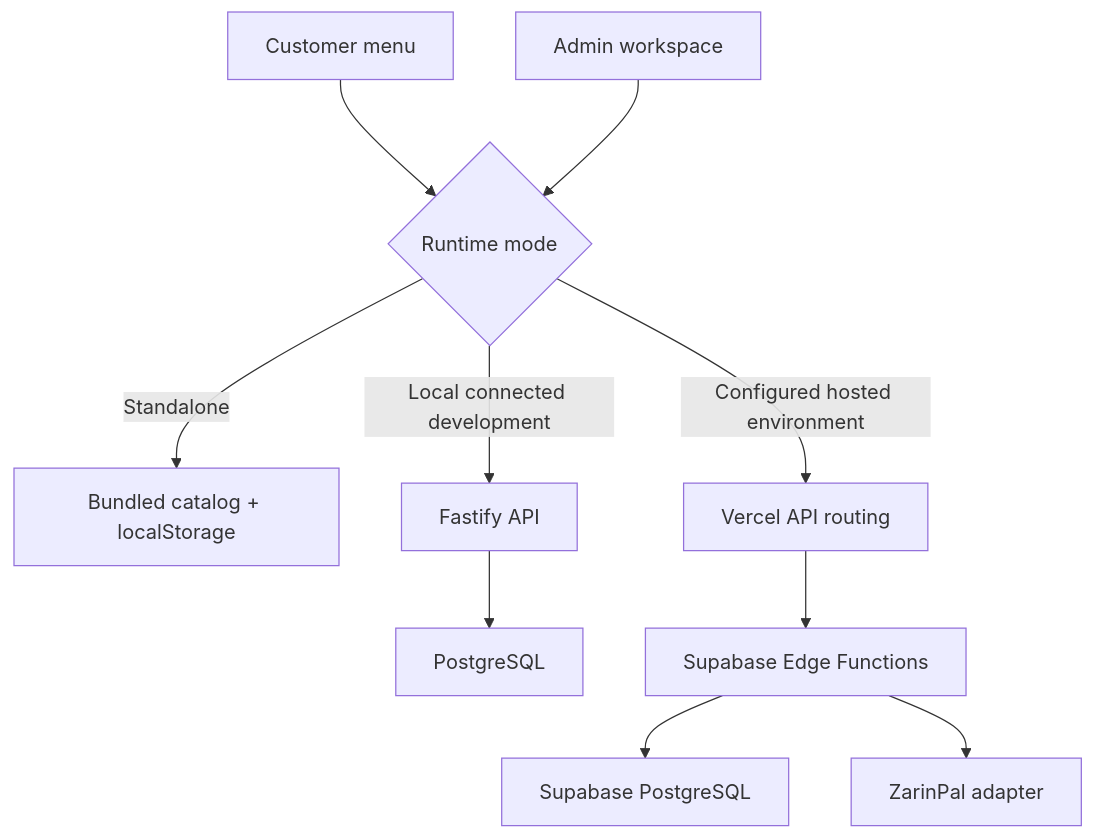
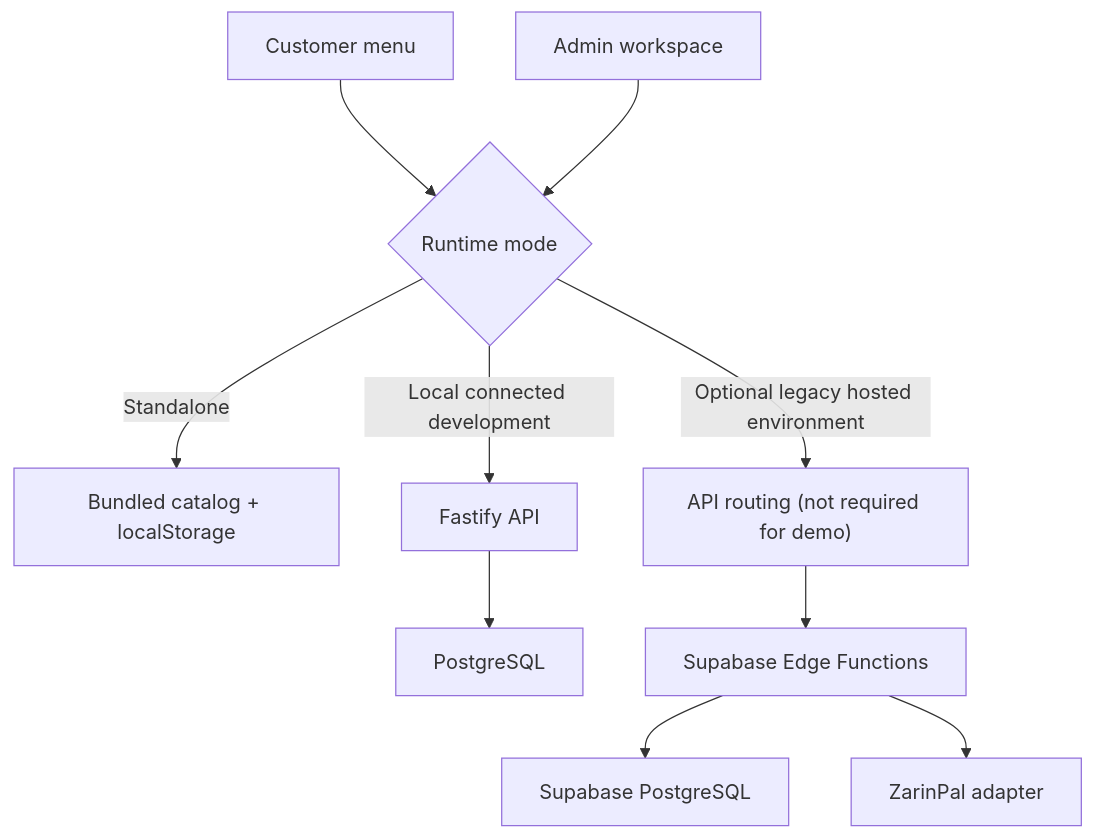
One commit to cianium/Online-Menu changed the second of 2 diagrams in README.md. Above: the diagram before and after it, drawn with Mermaid. The commit also changed other lines of this file, not shown here.

Commit message:
docs: identify GitHub as canonical delivery and retire Vercel links

````diff
--- a/README.md
+++ b/README.md
@@ -199,12 +199,12 @@
 ```mermaid
 flowchart TD
     C["Customer menu"] --> M{"Runtime mode"}
     A["Admin workspace"] --> M
     M -->|"Standalone"| L["Bundled catalog + localStorage"]
     M -->|"Local connected development"| N["Fastify API"]
     N --> P["PostgreSQL"]
-    M -->|"Configured hosted environment"| V["Vercel API routing"]
+    M -->|"Optional legacy hosted environment"| V["API routing (not required for demo)"]
     V --> S["Supabase Edge Functions"]
     S --> D["Supabase PostgreSQL"]
     S --> Z["ZarinPal adapter"]
 ```
````
